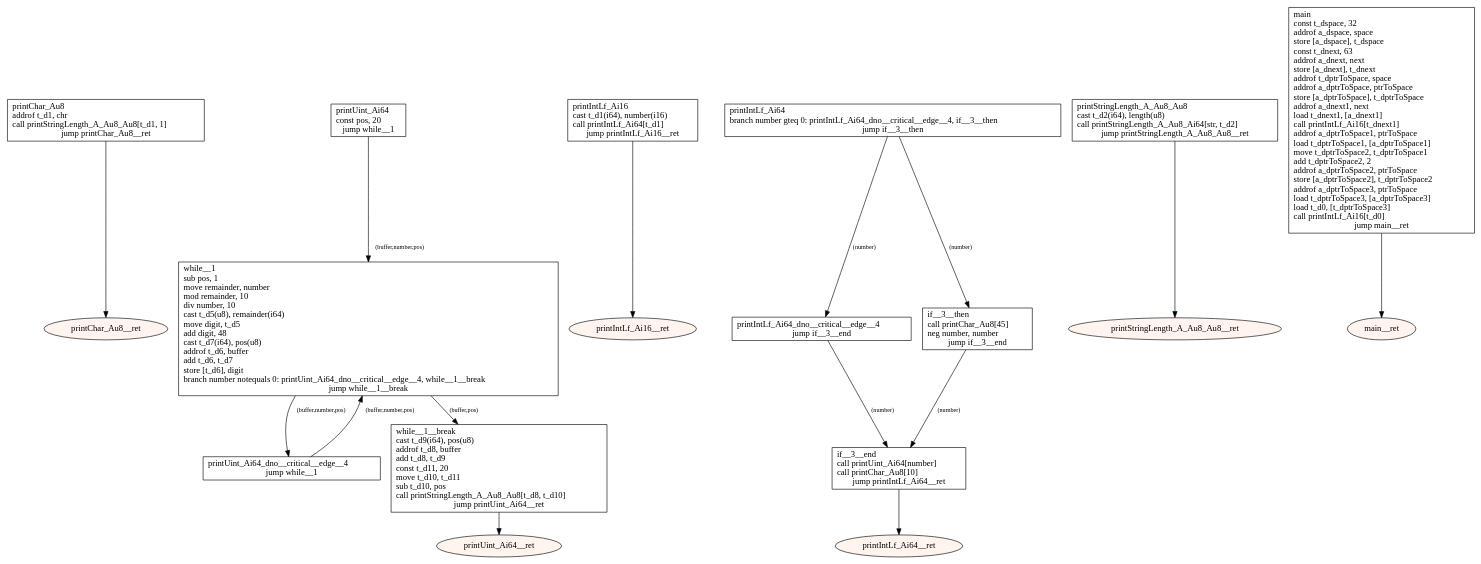
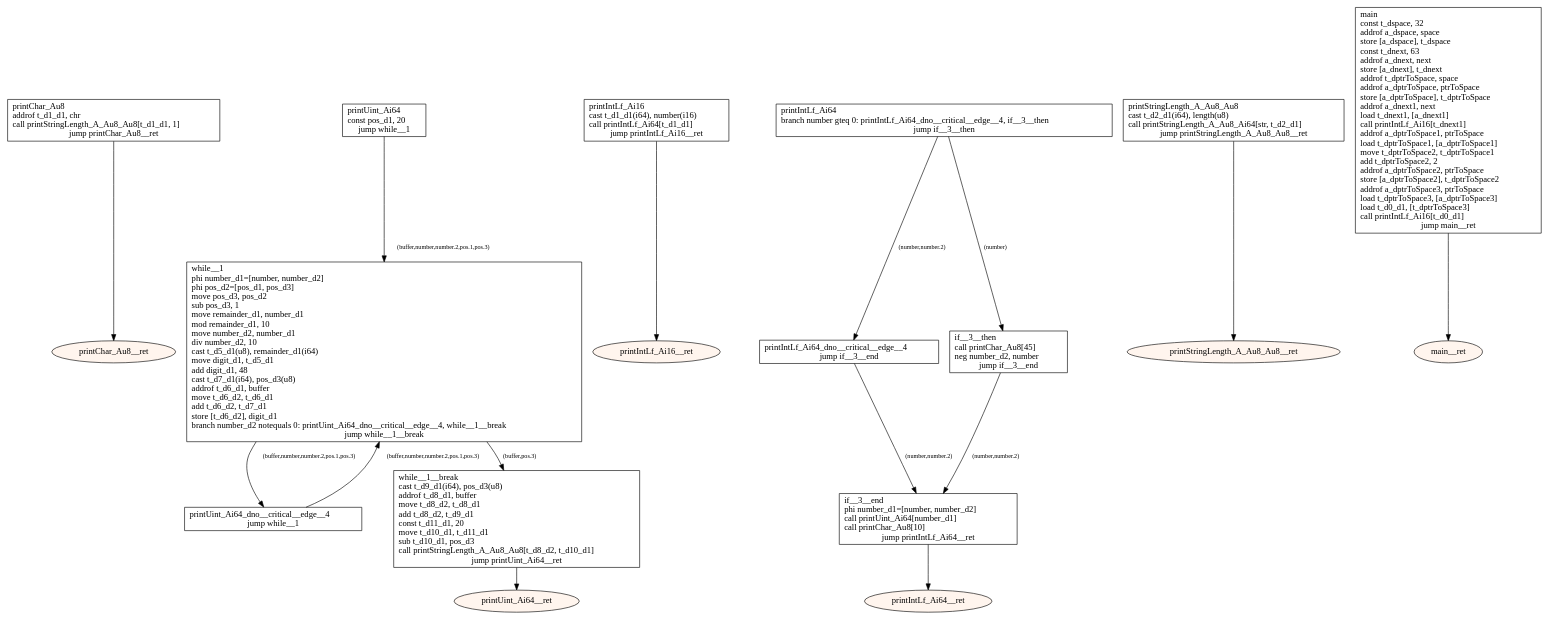
The diagram in src/main/resources-test/compiler/windows/global vars.dot (tmssngr/tinyC), drawn with Graphviz before and after one commit. The commit also changed 90 other files, not shown here.

```diff
--- a/src/main/resources-test/compiler/windows/global vars.dot
+++ b/src/main/resources-test/compiler/windows/global vars.dot
@@ -1,47 +1,47 @@
 digraph program {
 	edge[fontsize="10pt"];
 	subgraph fn_printChar_Au8 {
-		BasicBlock_0_printChar_Au8 [label="printChar_Au8\laddrof t_d1, chr\lcall printStringLength_A_Au8_Au8[t_d1, 1]\ljump printChar_Au8__ret",shape=box];
+		BasicBlock_0_printChar_Au8 [label="printChar_Au8\laddrof t_d1_d1, chr\lcall printStringLength_A_Au8_Au8[t_d1_d1, 1]\ljump printChar_Au8__ret",shape=box];
 		BasicBlock_0_printChar_Au8 -> BasicBlock_0_printChar_Au8__ret;
 		BasicBlock_0_printChar_Au8__ret [label="printChar_Au8__ret",shape=oval,style=filled,fillcolor="#fff5ee"];
 	}
 	subgraph fn_printUint_Ai64 {
-		BasicBlock_1_printUint_Ai64 [label="printUint_Ai64\lconst pos, 20\ljump while__1",shape=box];
-		BasicBlock_1_printUint_Ai64 -> BasicBlock_1_while__1 [label="(buffer,number,pos)"];
+		BasicBlock_1_printUint_Ai64 [label="printUint_Ai64\lconst pos_d1, 20\ljump while__1",shape=box];
+		BasicBlock_1_printUint_Ai64 -> BasicBlock_1_while__1 [label="(buffer,number,number.2,pos.1,pos.3)"];
 		BasicBlock_1_printUint_Ai64_dno__critical__edge__4 [label="printUint_Ai64_dno__critical__edge__4\ljump while__1",shape=box];
-		BasicBlock_1_printUint_Ai64_dno__critical__edge__4 -> BasicBlock_1_while__1 [label="(buffer,number,pos)"];
-		BasicBlock_1_while__1 [label="while__1\lsub pos, 1\lmove remainder, number\lmod remainder, 10\ldiv number, 10\lcast t_d5(u8), remainder(i64)\lmove digit, t_d5\ladd digit, 48\lcast t_d7(i64), pos(u8)\laddrof t_d6, buffer\ladd t_d6, t_d7\lstore [t_d6], digit\lbranch number notequals 0: printUint_Ai64_dno__critical__edge__4, while__1__break\ljump while__1__break",shape=box];
-		BasicBlock_1_while__1 -> BasicBlock_1_printUint_Ai64_dno__critical__edge__4 [label="(buffer,number,pos)"];
-		BasicBlock_1_while__1 -> BasicBlock_1_while__1__break [label="(buffer,pos)"];
-		BasicBlock_1_while__1__break [label="while__1__break\lcast t_d9(i64), pos(u8)\laddrof t_d8, buffer\ladd t_d8, t_d9\lconst t_d11, 20\lmove t_d10, t_d11\lsub t_d10, pos\lcall printStringLength_A_Au8_Au8[t_d8, t_d10]\ljump printUint_Ai64__ret",shape=box];
+		BasicBlock_1_printUint_Ai64_dno__critical__edge__4 -> BasicBlock_1_while__1 [label="(buffer,number,number.2,pos.1,pos.3)"];
+		BasicBlock_1_while__1 [label="while__1\lphi number_d1=[number, number_d2]\lphi pos_d2=[pos_d1, pos_d3]\lmove pos_d3, pos_d2\lsub pos_d3, 1\lmove remainder_d1, number_d1\lmod remainder_d1, 10\lmove number_d2, number_d1\ldiv number_d2, 10\lcast t_d5_d1(u8), remainder_d1(i64)\lmove digit_d1, t_d5_d1\ladd digit_d1, 48\lcast t_d7_d1(i64), pos_d3(u8)\laddrof t_d6_d1, buffer\lmove t_d6_d2, t_d6_d1\ladd t_d6_d2, t_d7_d1\lstore [t_d6_d2], digit_d1\lbranch number_d2 notequals 0: printUint_Ai64_dno__critical__edge__4, while__1__break\ljump while__1__break",shape=box];
+		BasicBlock_1_while__1 -> BasicBlock_1_printUint_Ai64_dno__critical__edge__4 [label="(buffer,number,number.2,pos.1,pos.3)"];
+		BasicBlock_1_while__1 -> BasicBlock_1_while__1__break [label="(buffer,pos.3)"];
+		BasicBlock_1_while__1__break [label="while__1__break\lcast t_d9_d1(i64), pos_d3(u8)\laddrof t_d8_d1, buffer\lmove t_d8_d2, t_d8_d1\ladd t_d8_d2, t_d9_d1\lconst t_d11_d1, 20\lmove t_d10_d1, t_d11_d1\lsub t_d10_d1, pos_d3\lcall printStringLength_A_Au8_Au8[t_d8_d2, t_d10_d1]\ljump printUint_Ai64__ret",shape=box];
 		BasicBlock_1_while__1__break -> BasicBlock_1_printUint_Ai64__ret;
 		BasicBlock_1_printUint_Ai64__ret [label="printUint_Ai64__ret",shape=oval,style=filled,fillcolor="#fff5ee"];
 	}
 	subgraph fn_printIntLf_Ai16 {
-		BasicBlock_2_printIntLf_Ai16 [label="printIntLf_Ai16\lcast t_d1(i64), number(i16)\lcall printIntLf_Ai64[t_d1]\ljump printIntLf_Ai16__ret",shape=box];
+		BasicBlock_2_printIntLf_Ai16 [label="printIntLf_Ai16\lcast t_d1_d1(i64), number(i16)\lcall printIntLf_Ai64[t_d1_d1]\ljump printIntLf_Ai16__ret",shape=box];
 		BasicBlock_2_printIntLf_Ai16 -> BasicBlock_2_printIntLf_Ai16__ret;
 		BasicBlock_2_printIntLf_Ai16__ret [label="printIntLf_Ai16__ret",shape=oval,style=filled,fillcolor="#fff5ee"];
 	}
 	subgraph fn_printIntLf_Ai64 {
 		BasicBlock_3_printIntLf_Ai64 [label="printIntLf_Ai64\lbranch number gteq 0: printIntLf_Ai64_dno__critical__edge__4, if__3__then\ljump if__3__then",shape=box];
-		BasicBlock_3_printIntLf_Ai64 -> BasicBlock_3_printIntLf_Ai64_dno__critical__edge__4 [label="(number)"];
+		BasicBlock_3_printIntLf_Ai64 -> BasicBlock_3_printIntLf_Ai64_dno__critical__edge__4 [label="(number,number.2)"];
 		BasicBlock_3_printIntLf_Ai64 -> BasicBlock_3_if__3__then [label="(number)"];
 		BasicBlock_3_printIntLf_Ai64_dno__critical__edge__4 [label="printIntLf_Ai64_dno__critical__edge__4\ljump if__3__end",shape=box];
-		BasicBlock_3_printIntLf_Ai64_dno__critical__edge__4 -> BasicBlock_3_if__3__end [label="(number)"];
-		BasicBlock_3_if__3__then [label="if__3__then\lcall printChar_Au8[45]\lneg number, number\ljump if__3__end",shape=box];
-		BasicBlock_3_if__3__then -> BasicBlock_3_if__3__end [label="(number)"];
-		BasicBlock_3_if__3__end [label="if__3__end\lcall printUint_Ai64[number]\lcall printChar_Au8[10]\ljump printIntLf_Ai64__ret",shape=box];
+		BasicBlock_3_printIntLf_Ai64_dno__critical__edge__4 -> BasicBlock_3_if__3__end [label="(number,number.2)"];
+		BasicBlock_3_if__3__then [label="if__3__then\lcall printChar_Au8[45]\lneg number_d2, number\ljump if__3__end",shape=box];
+		BasicBlock_3_if__3__then -> BasicBlock_3_if__3__end [label="(number,number.2)"];
+		BasicBlock_3_if__3__end [label="if__3__end\lphi number_d1=[number, number_d2]\lcall printUint_Ai64[number_d1]\lcall printChar_Au8[10]\ljump printIntLf_Ai64__ret",shape=box];
 		BasicBlock_3_if__3__end -> BasicBlock_3_printIntLf_Ai64__ret;
 		BasicBlock_3_printIntLf_Ai64__ret [label="printIntLf_Ai64__ret",shape=oval,style=filled,fillcolor="#fff5ee"];
 	}
 	subgraph fn_printStringLength_A_Au8_Au8 {
-		BasicBlock_4_printStringLength_A_Au8_Au8 [label="printStringLength_A_Au8_Au8\lcast t_d2(i64), length(u8)\lcall printStringLength_A_Au8_Ai64[str, t_d2]\ljump printStringLength_A_Au8_Au8__ret",shape=box];
+		BasicBlock_4_printStringLength_A_Au8_Au8 [label="printStringLength_A_Au8_Au8\lcast t_d2_d1(i64), length(u8)\lcall printStringLength_A_Au8_Ai64[str, t_d2_d1]\ljump printStringLength_A_Au8_Au8__ret",shape=box];
 		BasicBlock_4_printStringLength_A_Au8_Au8 -> BasicBlock_4_printStringLength_A_Au8_Au8__ret;
 		BasicBlock_4_printStringLength_A_Au8_Au8__ret [label="printStringLength_A_Au8_Au8__ret",shape=oval,style=filled,fillcolor="#fff5ee"];
 	}
 	subgraph fn_main {
-		BasicBlock_5_main [label="main\lconst t_dspace, 32\laddrof a_dspace, space\lstore [a_dspace], t_dspace\lconst t_dnext, 63\laddrof a_dnext, next\lstore [a_dnext], t_dnext\laddrof t_dptrToSpace, space\laddrof a_dptrToSpace, ptrToSpace\lstore [a_dptrToSpace], t_dptrToSpace\laddrof a_dnext1, next\lload t_dnext1, [a_dnext1]\lcall printIntLf_Ai16[t_dnext1]\laddrof a_dptrToSpace1, ptrToSpace\lload t_dptrToSpace1, [a_dptrToSpace1]\lmove t_dptrToSpace2, t_dptrToSpace1\ladd t_dptrToSpace2, 2\laddrof a_dptrToSpace2, ptrToSpace\lstore [a_dptrToSpace2], t_dptrToSpace2\laddrof a_dptrToSpace3, ptrToSpace\lload t_dptrToSpace3, [a_dptrToSpace3]\lload t_d0, [t_dptrToSpace3]\lcall printIntLf_Ai16[t_d0]\ljump main__ret",shape=box];
+		BasicBlock_5_main [label="main\lconst t_dspace, 32\laddrof a_dspace, space\lstore [a_dspace], t_dspace\lconst t_dnext, 63\laddrof a_dnext, next\lstore [a_dnext], t_dnext\laddrof t_dptrToSpace, space\laddrof a_dptrToSpace, ptrToSpace\lstore [a_dptrToSpace], t_dptrToSpace\laddrof a_dnext1, next\lload t_dnext1, [a_dnext1]\lcall printIntLf_Ai16[t_dnext1]\laddrof a_dptrToSpace1, ptrToSpace\lload t_dptrToSpace1, [a_dptrToSpace1]\lmove t_dptrToSpace2, t_dptrToSpace1\ladd t_dptrToSpace2, 2\laddrof a_dptrToSpace2, ptrToSpace\lstore [a_dptrToSpace2], t_dptrToSpace2\laddrof a_dptrToSpace3, ptrToSpace\lload t_dptrToSpace3, [a_dptrToSpace3]\lload t_d0_d1, [t_dptrToSpace3]\lcall printIntLf_Ai16[t_d0_d1]\ljump main__ret",shape=box];
 		BasicBlock_5_main -> BasicBlock_5_main__ret;
 		BasicBlock_5_main__ret [label="main__ret",shape=oval,style=filled,fillcolor="#fff5ee"];
 	}
 }
```
